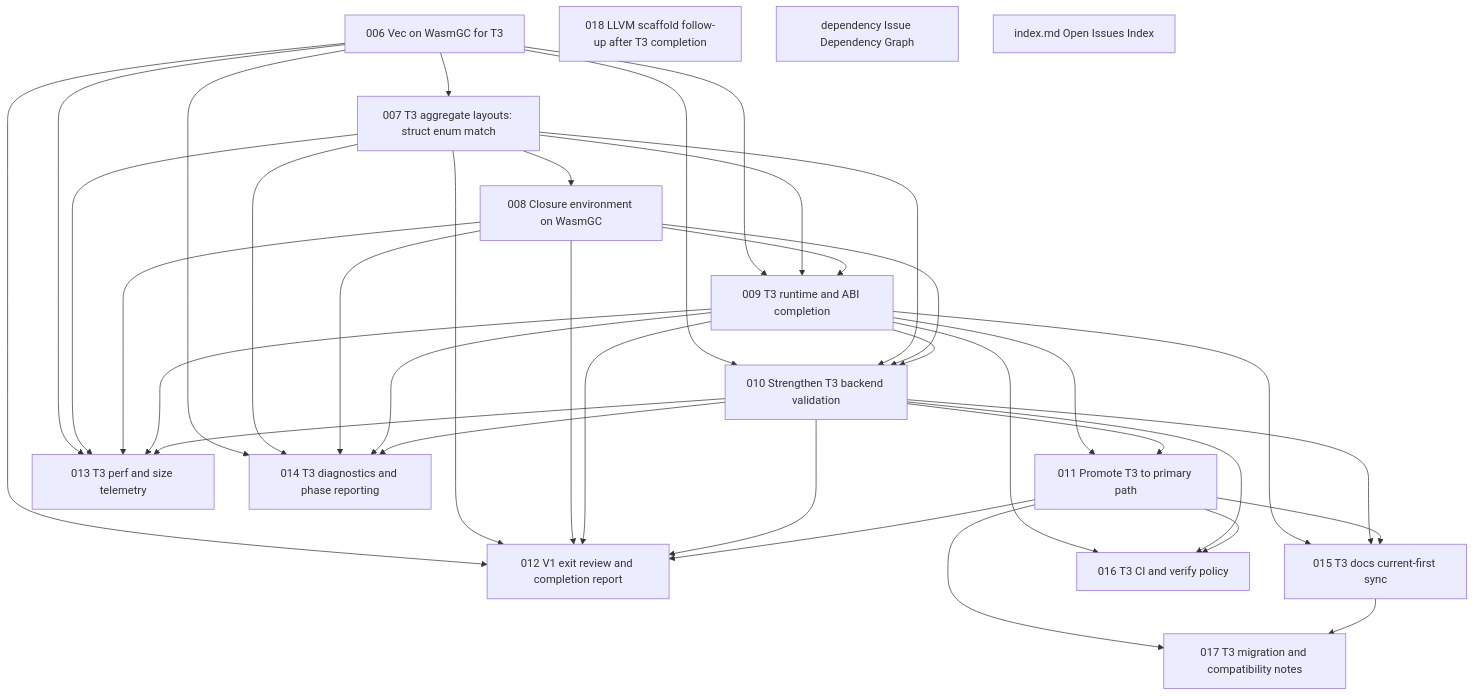
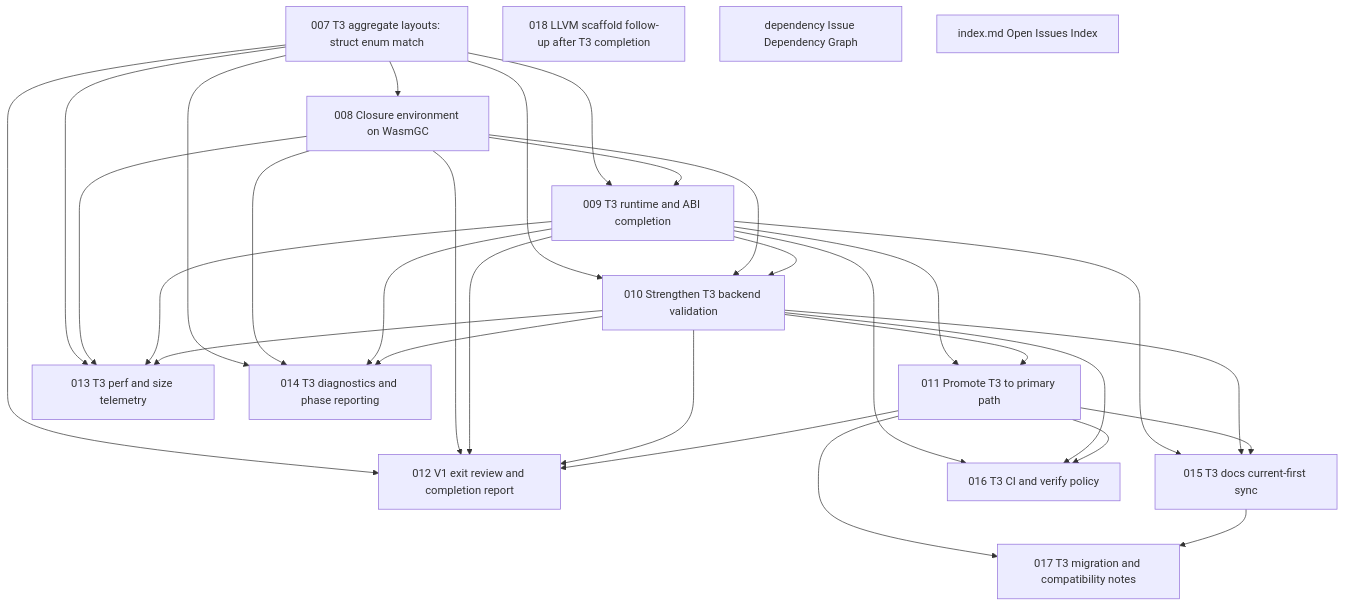
The diagram in issues/open/dependency-graph.md (wogikaze/arukellt), drawn with Mermaid before and after one commit. The commit also changed other lines of this file and 9 other files, not shown here.

First line of the commit message:
006: Vec on WasmGC — T3 Vec ops, HOF inline emitters, i64 type fixes

````diff
--- a/issues/open/dependency-graph.md
+++ b/issues/open/dependency-graph.md
@@ -7,53 +7,46 @@
 ```mermaid
 graph TD
-  I006["006 Vec on WasmGC for T3"]
+  I007["007 T3 aggregate layouts: struct enum match"]
   I018["018 LLVM scaffold follow-up after T3 completion"]
   Idependency["dependency Issue Dependency Graph"]
   Iindex.md["index.md Open Issues Index"]
-  I007["007 T3 aggregate layouts: struct enum match"]
   I008["008 Closure environment on WasmGC"]
   I009["009 T3 runtime and ABI completion"]
   I010["010 Strengthen T3 backend validation"]
   I011["011 Promote T3 to primary path"]
   I013["013 T3 perf and size telemetry"]
   I014["014 T3 diagnostics and phase reporting"]
   I012["012 V1 exit review and completion report"]
   I015["015 T3 docs current-first sync"]
   I016["016 T3 CI and verify policy"]
   I017["017 T3 migration and compatibility notes"]
-  I006 --> I007
   I007 --> I008
-  I006 --> I009
   I007 --> I009
   I008 --> I009
-  I006 --> I010
   I007 --> I010
   I008 --> I010
   I009 --> I010
   I009 --> I011
   I010 --> I011
-  I006 --> I013
   I007 --> I013
   I008 --> I013
   I009 --> I013
   I010 --> I013
-  I006 --> I014
   I007 --> I014
   I008 --> I014
   I009 --> I014
   I010 --> I014
-  I006 --> I012
   I007 --> I012
   I008 --> I012
   I009 --> I012
   I010 --> I012
   I011 --> I012
   I009 --> I015
   I010 --> I015
   I011 --> I015
   I009 --> I016
   I010 --> I016
   I011 --> I016
   I011 --> I017
   I015 --> I017
 ```
````
